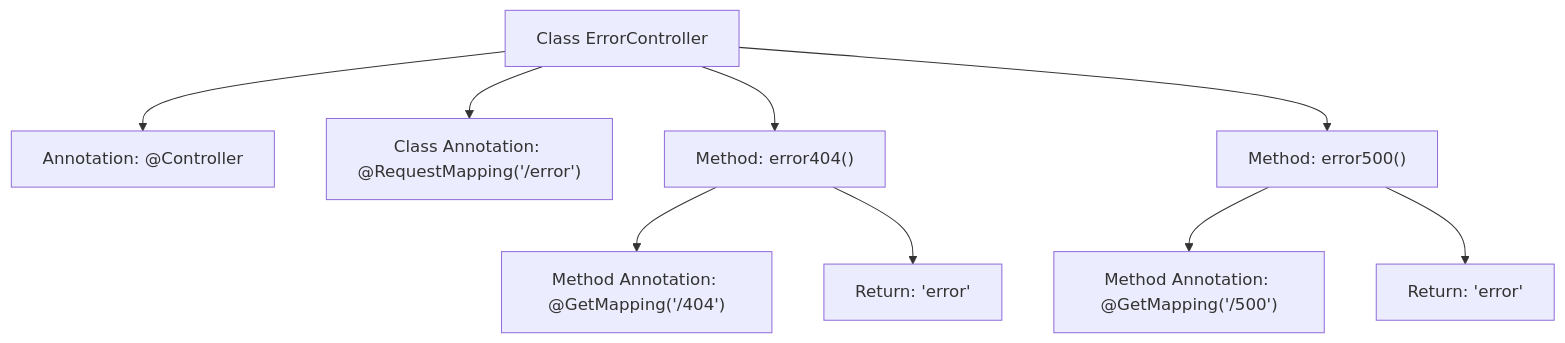
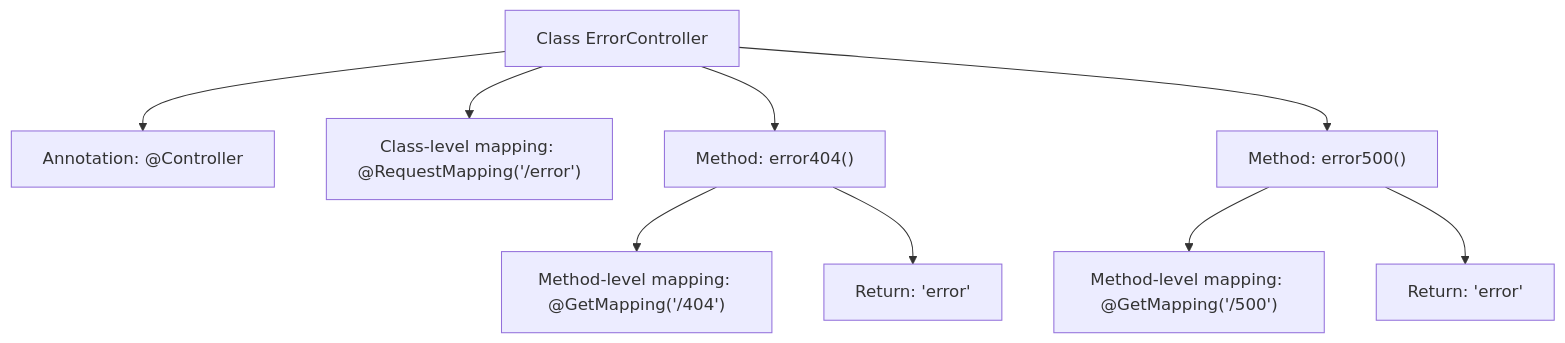
Before and after one commit to v-wjrong/rongwj666_weixin-java-miniapp-demo: the second of 2 diagrams in docs/en/docs/src/main/java/com/github/binarywang/demo/wx/miniapp/error/ErrorController.md, drawn with Mermaid. The commit also changed other lines of this file and 47 other files, not shown here.

````diff
--- a/docs/en/docs/src/main/java/com/github/binarywang/demo/wx/miniapp/error/ErrorController.md
+++ b/docs/en/docs/src/main/java/com/github/binarywang/demo/wx/miniapp/error/ErrorController.md
@@ -51,21 +57,21 @@
 ```mermaid
 graph TD
     A["Class ErrorController"]
     B["Annotation: @Controller"]
-    C["Class Annotation: @RequestMapping('/error')"]
+    C["Class-level mapping: @RequestMapping('/error')"]
     D["Method: error404()"]
-    E["Method Annotation: @GetMapping('/404')"]
+    E["Method-level mapping: @GetMapping('/404')"]
     F["Return: 'error'"]
     G["Method: error500()"]
-    H["Method Annotation: @GetMapping('/500')"]
+    H["Method-level mapping: @GetMapping('/500')"]
     I["Return: 'error'"]
 
     A --> B
     A --> C
     A --> D
     D --> E
     D --> F
     A --> G
     G --> H
     G --> I
 ```
````
